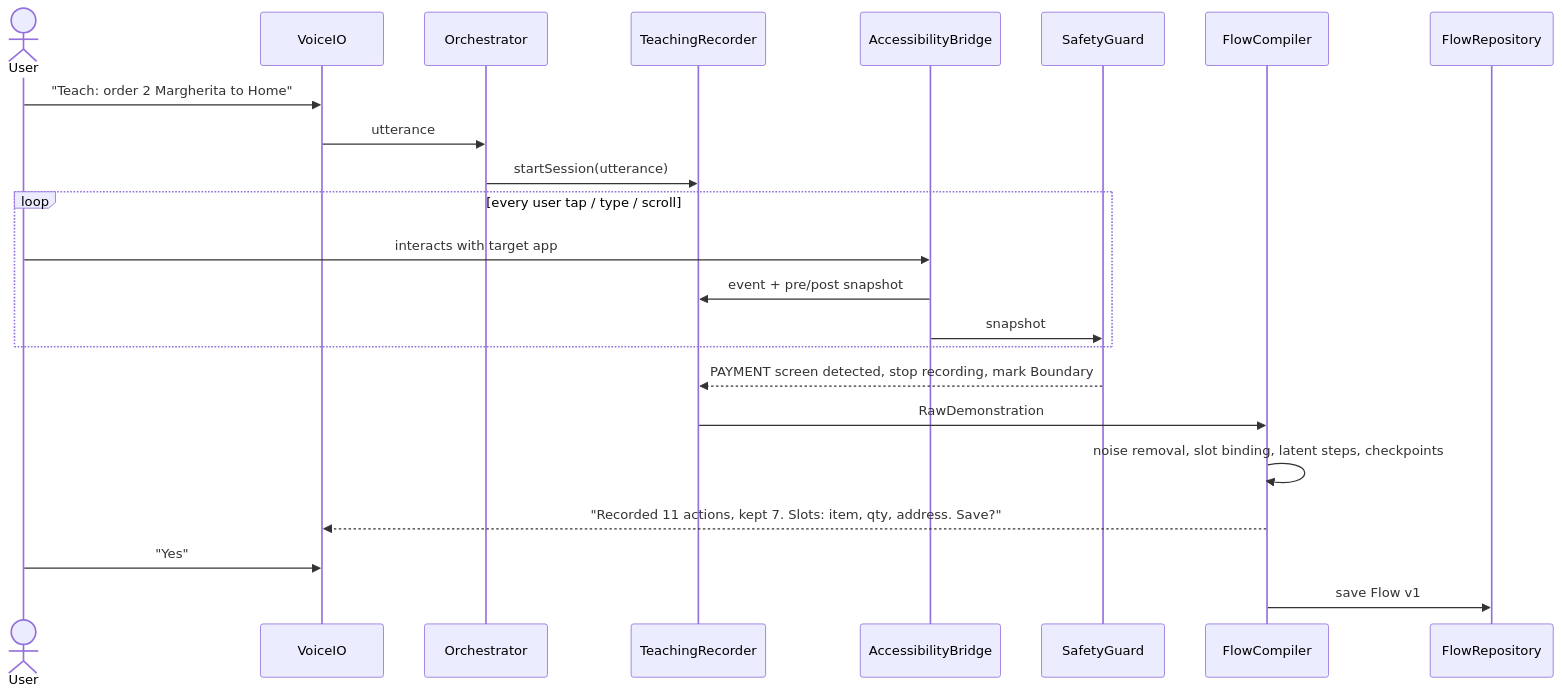
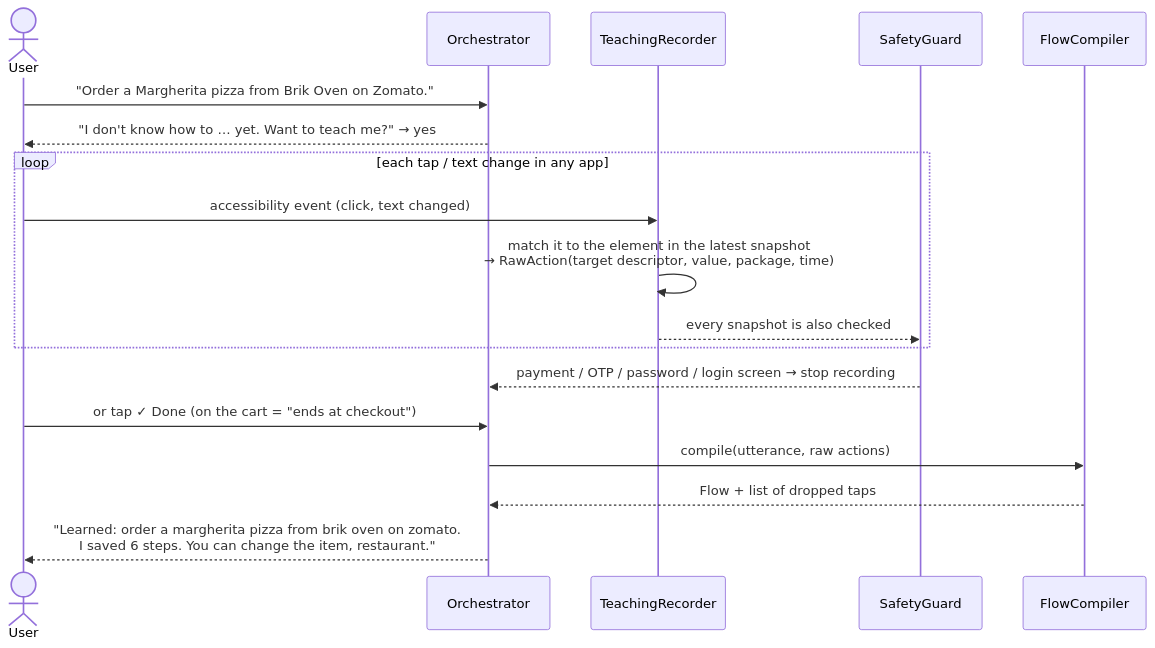
The third of 5 diagrams in docs/ARCHITECTURE.md (harsha31bs07-blip/echoflow-android), drawn with Mermaid before and after one commit. The commit also changed other lines of this file and 4 other files, not shown here.

First line of the commit message:
Docs match the code: architecture with diagrams, limitations, traceability, README scorecard

````diff
--- a/docs/ARCHITECTURE.md
+++ b/docs/ARCHITECTURE.md
@@ -98,25 +114,20 @@
 ```mermaid
 sequenceDiagram
   actor U as User
-  participant V as VoiceIO
   participant O as Orchestrator
-  participant TR as TeachingRecorder
-  participant AB as AccessibilityBridge
-  participant SG as SafetyGuard
-  participant FC as FlowCompiler
-  participant FR as FlowRepository
-  U->>V: "Teach: order 2 Margherita to Home"
-  V->>O: utterance
-  O->>TR: startSession(utterance)
-  loop every user tap / type / scroll
-    U->>AB: interacts with target app
-    AB->>TR: event + pre/post snapshot
-    AB->>SG: snapshot
+  participant R as TeachingRecorder
+  participant G as SafetyGuard
+  participant C as FlowCompiler
+  U->>O: "Order a Margherita pizza from Brik Oven on Zomato."
+  O-->>U: "I don't know how to … yet. Want to teach me?" → yes
+  loop each tap / text change in any app
+    U->>R: accessibility event (click, text changed)
+    R->>R: match it to the element in the latest snapshot<br/>→ RawAction(target descriptor, value, package, time)
+    R-->>G: every snapshot is also checked
   end
-  SG-->>TR: PAYMENT screen detected, stop recording, mark Boundary
-  TR->>FC: RawDemonstration
-  FC->>FC: noise removal, slot binding, latent steps, checkpoints
-  FC-->>V: "Recorded 11 actions, kept 7. Slots: item, qty, address. Save?"
-  U->>V: "Yes"
-  FC->>FR: save Flow v1
+  G-->>O: payment / OTP / password / login screen → stop recording
+  U->>O: or tap ✓ Done (on the cart = "ends at checkout")
+  O->>C: compile(utterance, raw actions)
+  C-->>O: Flow + list of dropped taps
+  O-->>U: "Learned: order a margherita pizza from brik oven on zomato.<br/>I saved 6 steps. You can change the item, restaurant."
 ```
````
